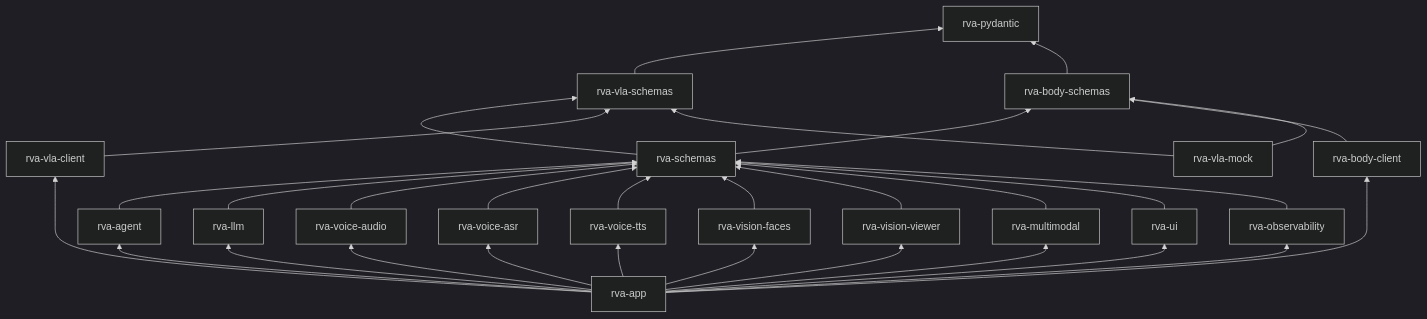
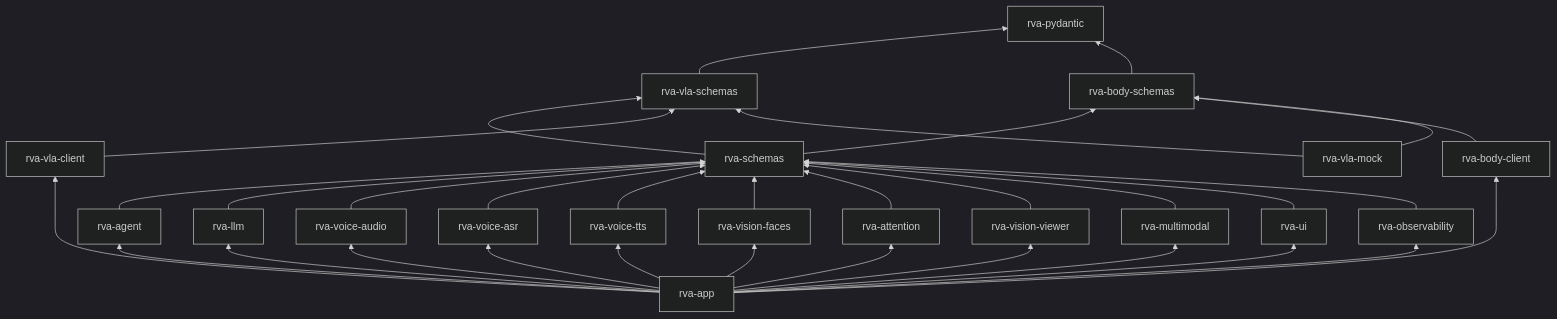
The ninth of 9 diagrams in docs/ARCHITECTURE.md (lokiledev/robot-voice-agent), drawn with Mermaid (dark theme) before and after one commit. The commit also changed other lines of this file and 26 other files, not shown here.

````diff
--- a/docs/ARCHITECTURE.md
+++ b/docs/ARCHITECTURE.md
@@ -450,28 +486,29 @@
 ```mermaid
 flowchart BT
     PYD["rva-pydantic"]
     VLAS["rva-vla-schemas"]
     BODYS["rva-body-schemas"]
     SCH["rva-schemas"]
     VLAC["rva-vla-client"]
     BODYC["rva-body-client"]
     MOCK["rva-vla-mock"]
     AGENT["rva-agent"]
     LLM["rva-llm"]
     AUD["rva-voice-audio"]
     ASR["rva-voice-asr"]
     TTS["rva-voice-tts"]
     VIS["rva-vision-faces"]
+    ATT["rva-attention"]
     VIEW["rva-vision-viewer"]
     MM["rva-multimodal"]
     UI["rva-ui"]
     OBS["rva-observability"]
     APP["rva-app"]
     VLAS & BODYS --> PYD
     SCH --> VLAS & BODYS
     VLAC --> VLAS
     BODYC --> BODYS
     MOCK --> VLAS & BODYS
-    AGENT & LLM & AUD & ASR & TTS & VIS & VIEW & MM & UI & OBS --> SCH
-    APP --> AGENT & LLM & AUD & ASR & TTS & VIS & VIEW & MM & UI & OBS & VLAC & BODYC
+    AGENT & LLM & AUD & ASR & TTS & VIS & ATT & VIEW & MM & UI & OBS --> SCH
+    APP --> AGENT & LLM & AUD & ASR & TTS & VIS & ATT & VIEW & MM & UI & OBS & VLAC & BODYC
 ```
````
